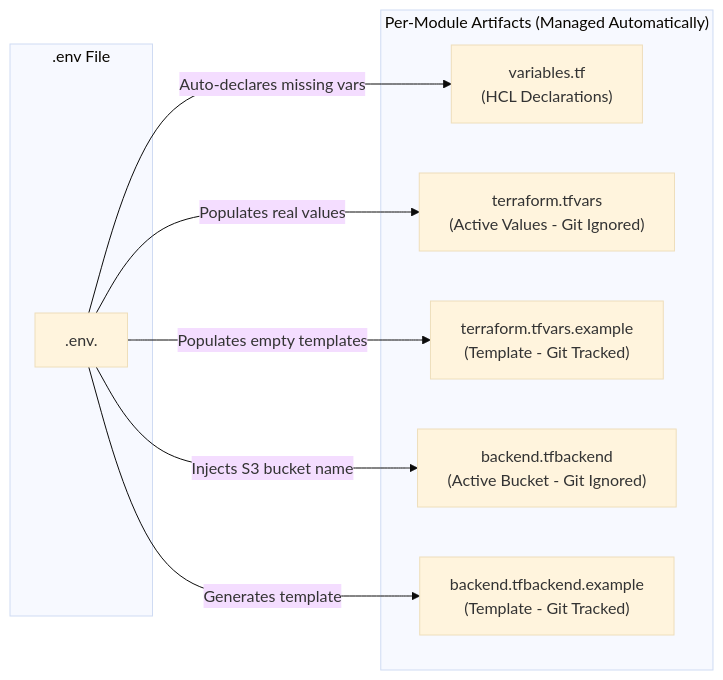
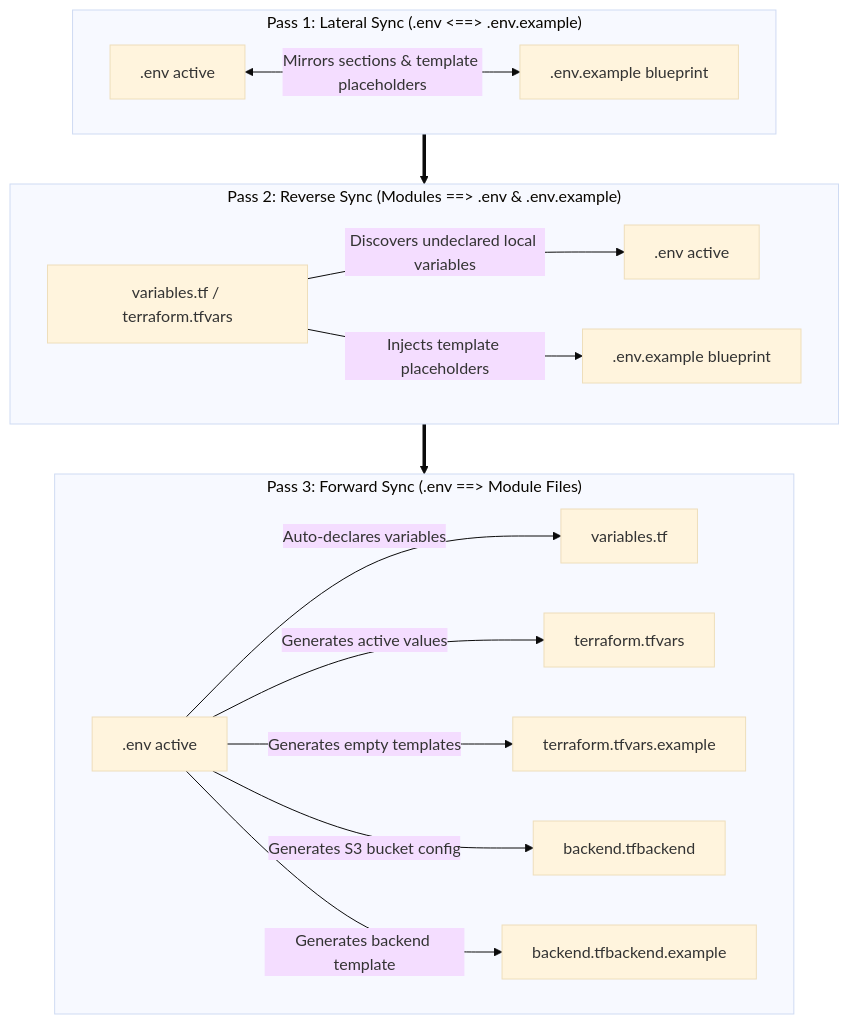
Before and after one commit to Beep1608/cleanmybelly: the third of 3 diagrams in docs/architecture/env_sync.md, drawn with Mermaid (base theme). The commit also changed other lines of this file and 3 other files, not shown here.

````diff
--- a/docs/architecture/env_sync.md
+++ b/docs/architecture/env_sync.md
@@ -199,20 +199,21 @@
 ```mermaid
-graph LR
-    subgraph SourceOfTruth [".env File"]
-        ENV[".env.<scope>"]
+graph TD
+    subgraph Pass1 ["Pass 1: Lateral Sync (.env <==> .env.example)"]
+        ENV1[".env active"] <-->|"Mirrors sections & template placeholders"| EX1[".env.example blueprint"]
     end
 
-    subgraph GeneratedArtifacts ["Per-Module Artifacts (Managed Automatically)"]
-        VARTF["variables.tf<br>(HCL Declarations)"]
-        TFVARS["terraform.tfvars<br>(Active Values - Git Ignored)"]
-        TFEX["terraform.tfvars.example<br>(Template - Git Tracked)"]
-        BE["backend.tfbackend<br>(Active Bucket - Git Ignored)"]
-        BEEX["backend.tfbackend.example<br>(Template - Git Tracked)"]
+    subgraph Pass2 ["Pass 2: Reverse Sync (Modules ==> .env & .env.example)"]
+        MODS2["variables.tf / terraform.tfvars"] -->|"Discovers undeclared local variables"| ENV2[".env active"]
+        MODS2 -->|"Injects template placeholders"| EX2[".env.example blueprint"]
     end
 
-    ENV -->|"Auto-declares missing vars"| VARTF
-    ENV -->|"Populates real values"| TFVARS
-    ENV -->|"Populates empty templates"| TFEX
-    ENV -->|"Injects S3 bucket name"| BE
-    ENV -->|"Generates template"| BEEX
+    subgraph Pass3 ["Pass 3: Forward Sync (.env ==> Module Files)"]
+        ENV3[".env active"] -->|"Auto-declares variables"| VARTF["variables.tf"]
+        ENV3 -->|"Generates active values"| TFVARS["terraform.tfvars"]
+        ENV3 -->|"Generates empty templates"| TFEX["terraform.tfvars.example"]
+        ENV3 -->|"Generates S3 bucket config"| BE["backend.tfbackend"]
+        ENV3 -->|"Generates backend template"| BEEX["backend.tfbackend.example"]
+    end
+
+    Pass1 ==> Pass2 ==> Pass3
 ```
````
